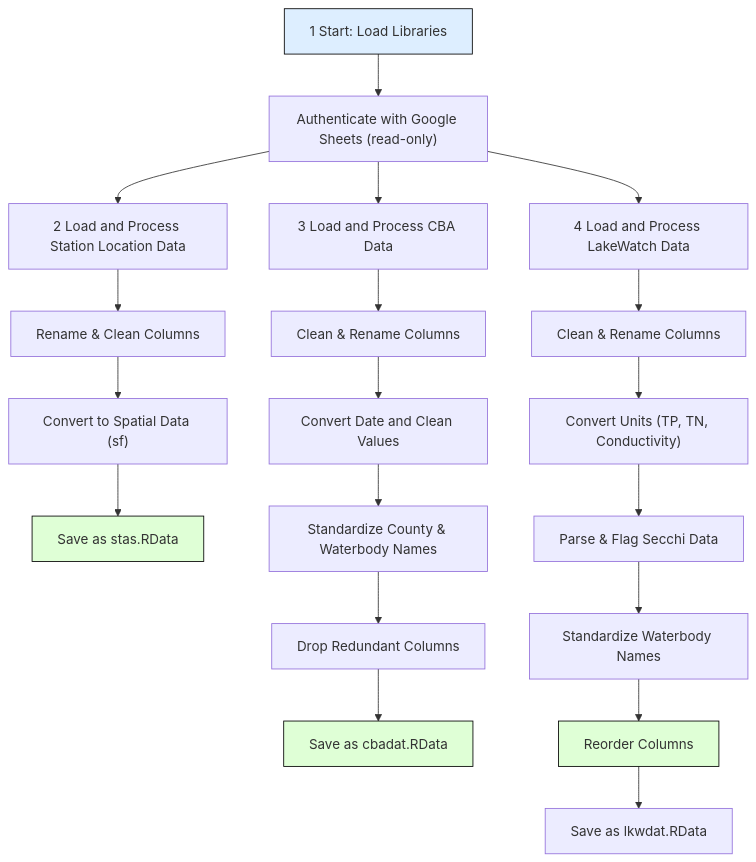
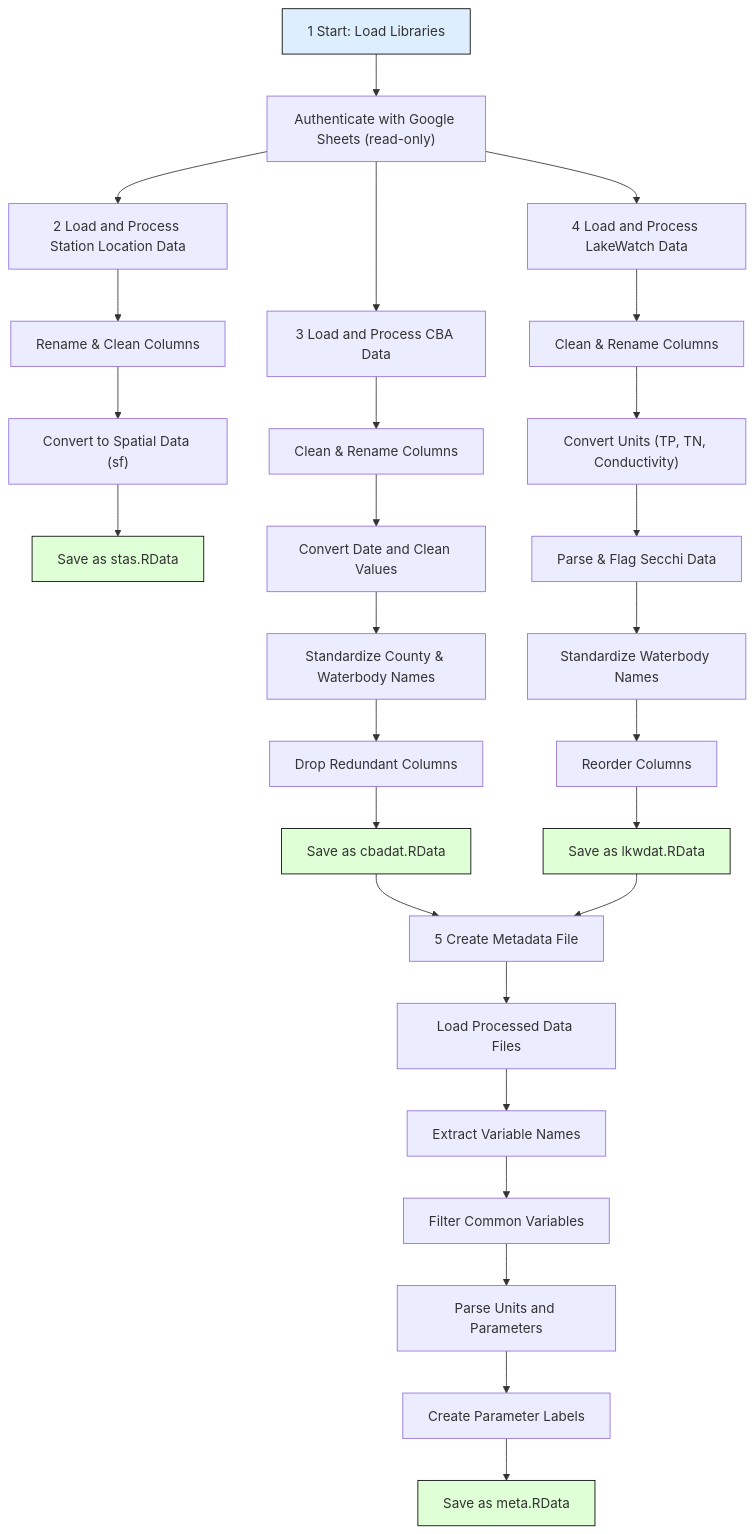
The diagram in doc/workflow.md (choctawhatchee-basin-alliance/wq-dashboard), drawn with Mermaid before and after one commit. The commit also changed other lines of this file and 3 other files, not shown here.

````diff
--- a/doc/workflow.md
+++ b/doc/workflow.md
@@ -6,28 +5,38 @@
 ```mermaid
 flowchart TD
   A["1 Start: Load Libraries"] --> B["Authenticate with Google Sheets (read-only)"]
   B --> C["2 Load and Process Station Location Data"]
   C --> D[Rename & Clean Columns]
   D --> E["Convert to Spatial Data (sf)"]
   E --> F[Save as stas.RData]
 
   B --> G["3 Load and Process CBA Data"]
   G --> H[Clean & Rename Columns]
   H --> I[Convert Date and Clean Values]
   I --> J[Standardize County & Waterbody Names]
   J --> K[Drop Redundant Columns]
   K --> L[Save as cbadat.RData]
 
   B --> M["4 Load and Process LakeWatch Data"]
   M --> N[Clean & Rename Columns]
   N --> O["Convert Units (TP, TN, Conductivity)"]
   O --> P[Parse & Flag Secchi Data]
   P --> Q[Standardize Waterbody Names]
   Q --> R[Reorder Columns]
   R --> S[Save as lkwdat.RData]
+  
+  L --> T["5 Create Metadata File"]
+  S --> T
+  T --> U[Load Processed Data Files]
+  U --> V[Extract Variable Names]
+  V --> W[Filter Common Variables]
+  W --> X[Parse Units and Parameters]
+  X --> Y[Create Parameter Labels]
+  Y --> Z[Save as meta.RData]
 
   style A fill:#DDEEFF,stroke:#000,stroke-width:1px
   style F fill:#DFFFD6,stroke:#000,stroke-width:1px
   style L fill:#DFFFD6,stroke:#000,stroke-width:1px
-  style R fill:#DFFFD6,stroke:#000,stroke-width:1px
+  style S fill:#DFFFD6,stroke:#000,stroke-width:1px
+  style Z fill:#DFFFD6,stroke:#000,stroke-width:1px
 ```
````
